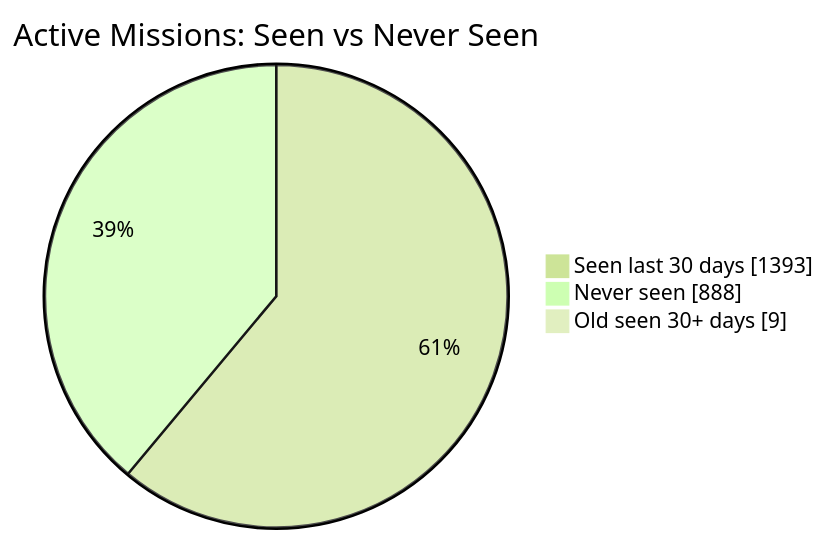
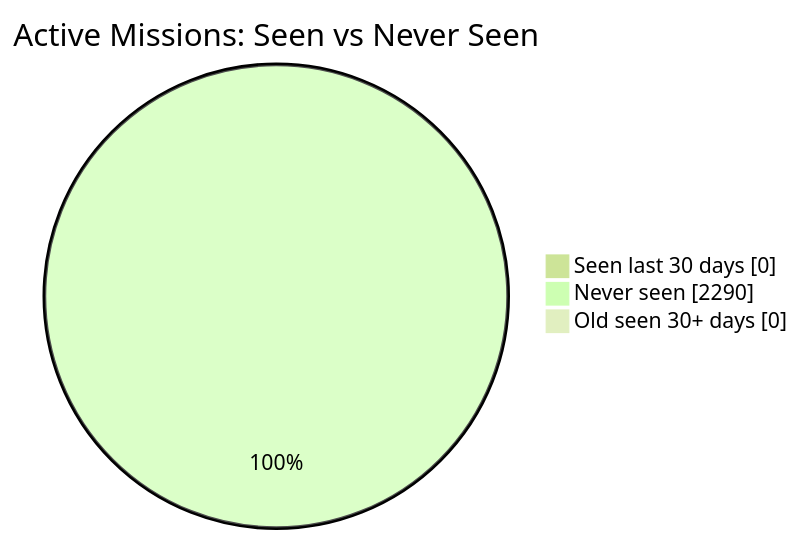
The first of 2 diagrams in README.md (MeldkamerspelGameTeam/active-missions), drawn with Mermaid (forest theme) before and after one commit. The commit also changed other lines of this file and 4 other files, not shown here.

````diff
--- a/README.md
+++ b/README.md
@@ -34,7 +34,7 @@
 ```mermaid
 pie showData
     title Active Missions: Seen vs Never Seen
-    "Seen last 30 days" : 1393
-    "Never seen" : 888
-    "Old seen 30+ days" : 9
+    "Seen last 30 days" : 0
+    "Never seen" : 2290
+    "Old seen 30+ days" : 0
 ```
````
